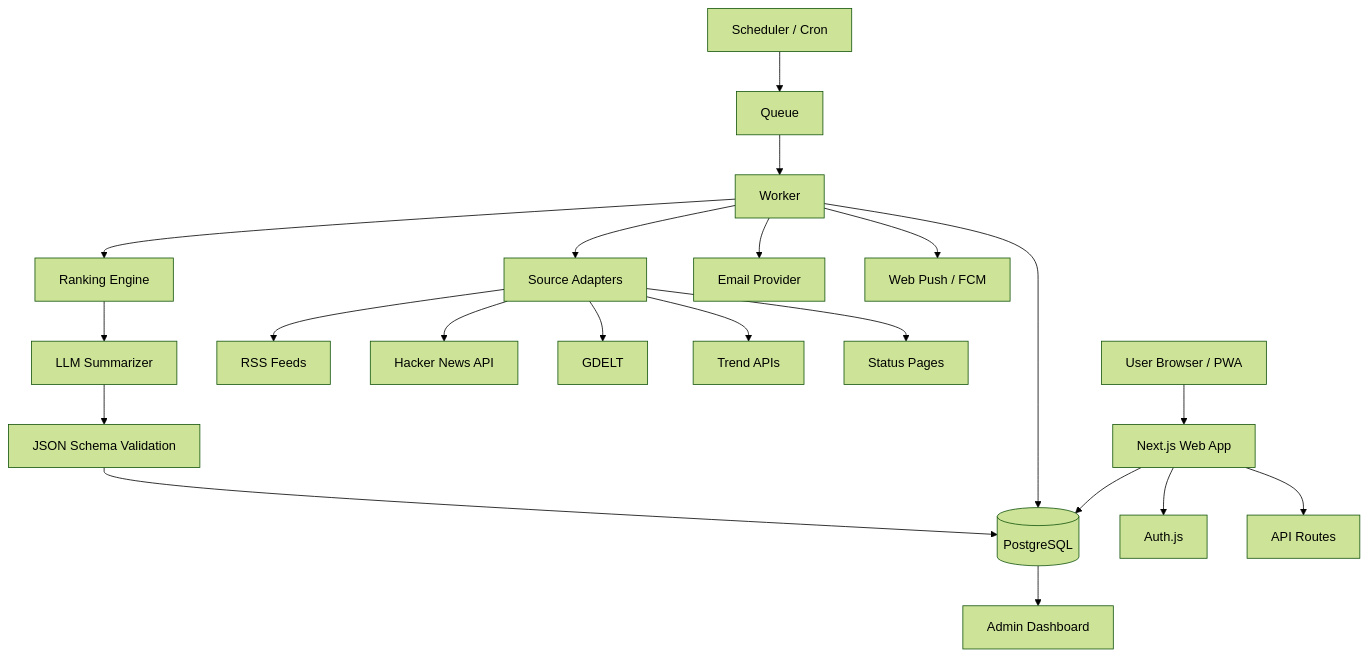
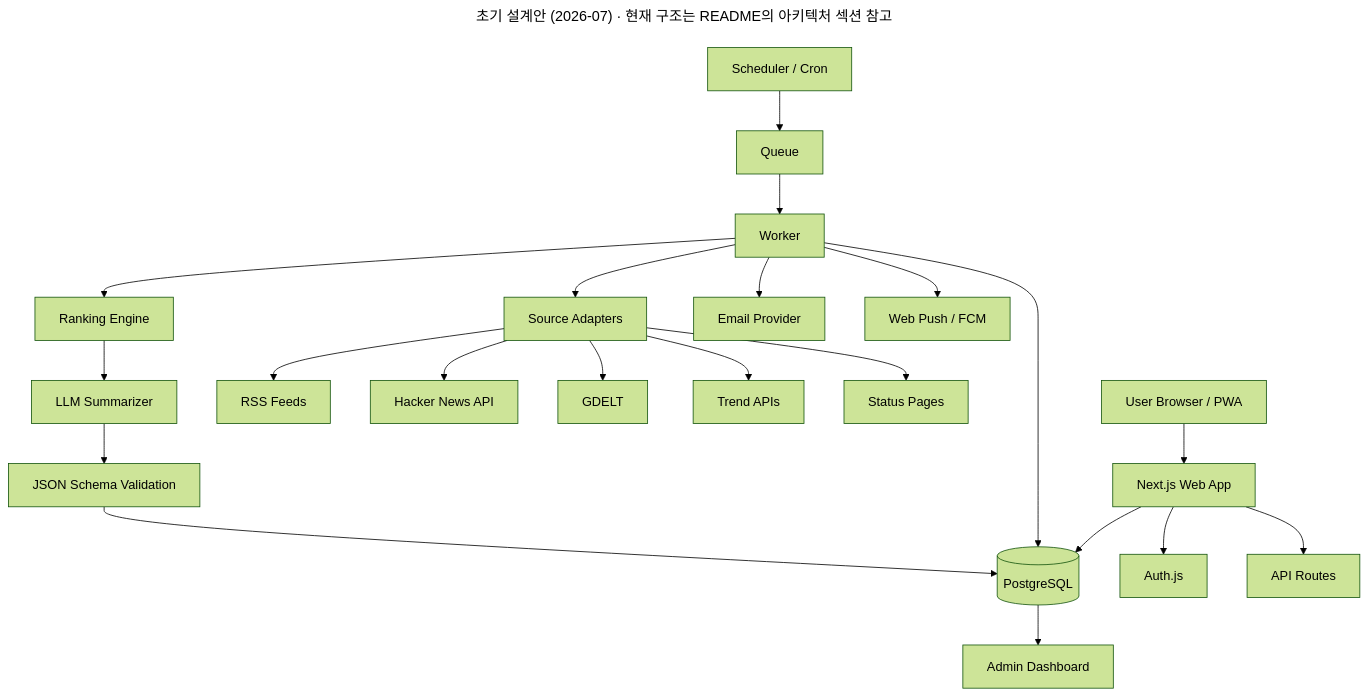
Before and after one commit to jeiel85/morning-briefing: the diagram in diagrams/architecture.mmd, drawn with Mermaid (forest theme). The commit also changed 3 other files, not shown here.

First line of the commit message:
add architecture diagram to README (light/dark) (#1)

```diff
--- a/diagrams/architecture.mmd
+++ b/diagrams/architecture.mmd
@@ -1,26 +1,32 @@
+---
+title: "초기 설계안 (2026-07) · 현재 구조는 README의 아키텍처 섹션 참고"
+---
+%% 초기 설계안 (2026-07-07 프로젝트 스캐폴드, a7b7f5b). 현재 구현과 다릅니다.
+%% Auth.js·Queue/Worker·GDELT/Trend API·이메일·FCM·관리자 대시보드는 구현되지 않았거나 제거됐습니다.
+%% 현재 구조는 README의 "아키텍처" 섹션(docs/architecture.png)을 보세요.
 flowchart TD
   U[User Browser / PWA] --> WEB[Next.js Web App]
   WEB --> DB[(PostgreSQL)]
   WEB --> AUTH[Auth.js]
   WEB --> API[API Routes]
 
   CRON[Scheduler / Cron] --> Q[Queue]
   Q --> WORKER[Worker]
 
   WORKER --> SA[Source Adapters]
   SA --> RSS[RSS Feeds]
   SA --> HN[Hacker News API]
   SA --> GDELT[GDELT]
   SA --> TRENDS[Trend APIs]
   SA --> STATUS[Status Pages]
 
   WORKER --> DB
   WORKER --> RANK[Ranking Engine]
   RANK --> SUM[LLM Summarizer]
   SUM --> VALIDATE[JSON Schema Validation]
   VALIDATE --> DB
 
   WORKER --> EMAIL[Email Provider]
   WORKER --> PUSH[Web Push / FCM]
 
   DB --> ADMIN[Admin Dashboard]
```
